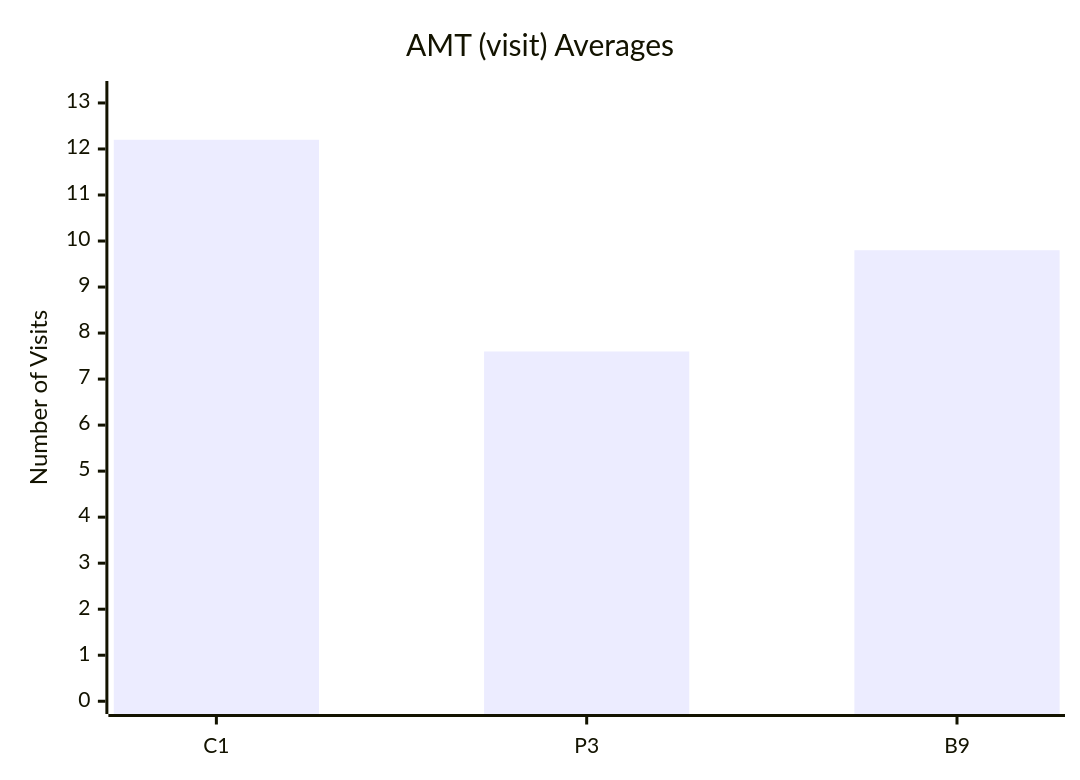
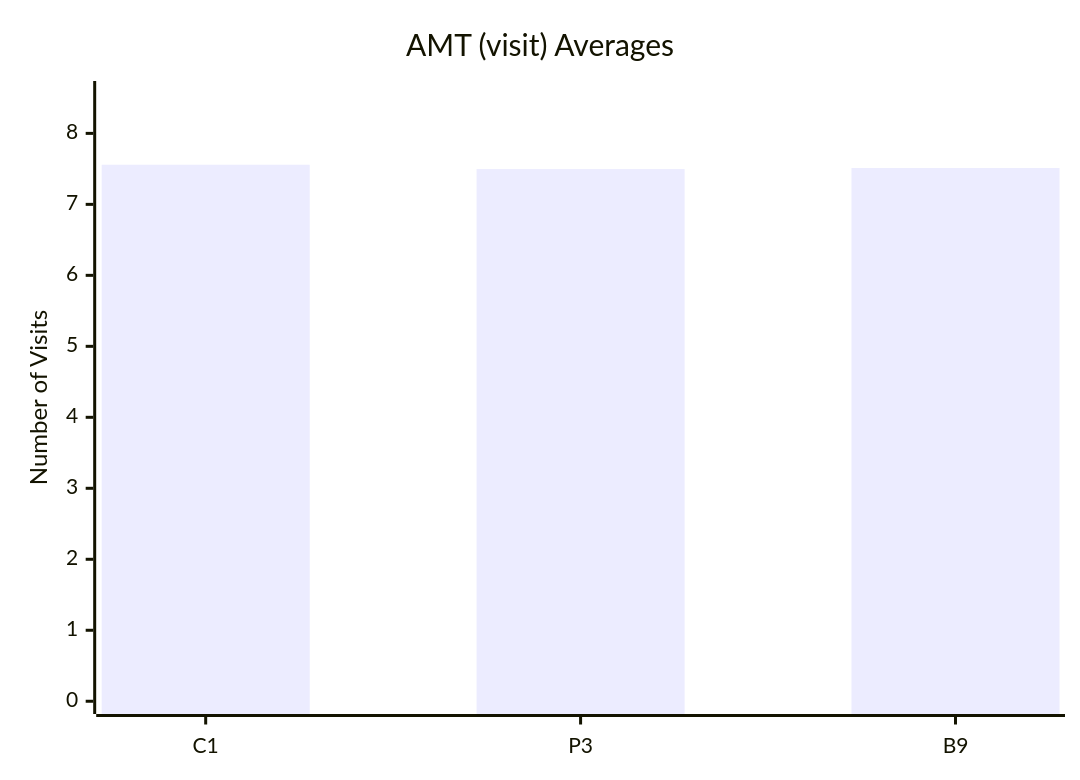
One commit to dhagan-va/intern-2025 changed the tenth of 10 diagrams in test-tools/DataGen/src/Statistics_Visualizer.md. Above: the diagram before and after it, drawn with Mermaid. The commit also changed other lines of this file and 2 other files, not shown here.

Commit message:
randomized number of messages

````diff
--- a/test-tools/DataGen/src/Statistics_Visualizer.md
+++ b/test-tools/DataGen/src/Statistics_Visualizer.md
@@ -105,7 +105,7 @@
 ```mermaid
 xychart-beta
     title "AMT (visit) Averages"
     x-axis ["C1", "P3", "B9"]
-    y-axis "Number of Visits" 0 --> 13.2
-    bar [12.2, 7.6, 9.8]
+    y-axis "Number of Visits" 0 --> 8.558246015673152
+    bar [7.558246015673153, 7.497248393061548, 7.512107070529189]
 ```
````
